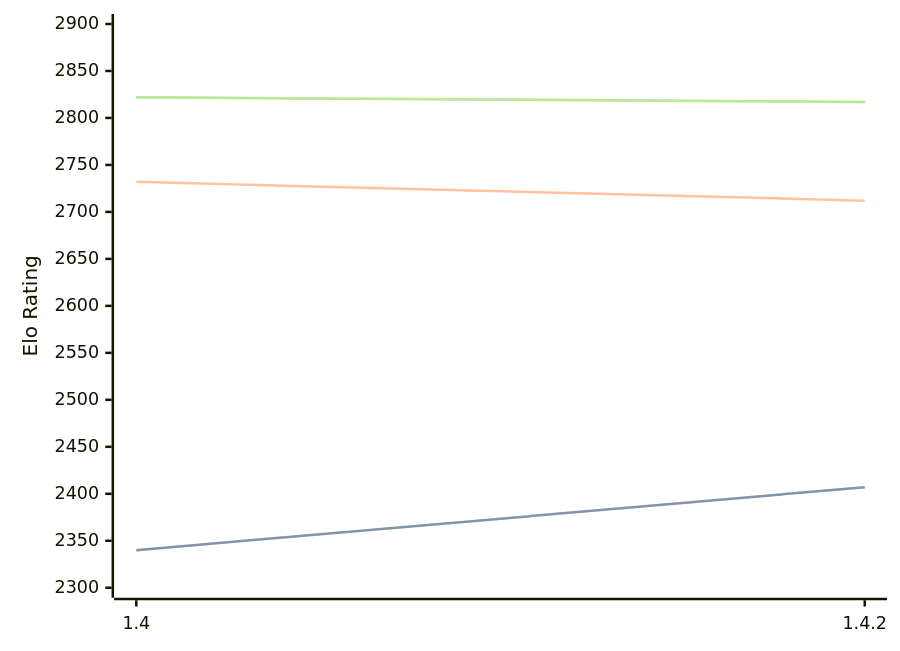
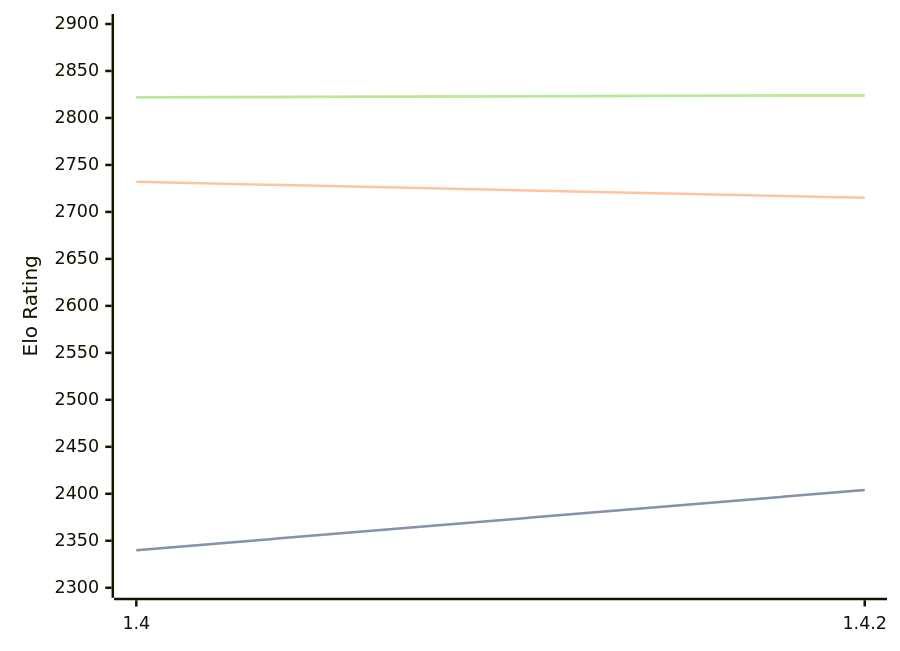
The diagram in engines/Spike.md (computer-chess-index/cci), drawn with Mermaid before and after one commit. The commit also changed other lines of this file, not shown here.

Commit message:
Update CCI Ratings (ELO VLTC) - 2026-08-31

````diff
--- a/engines/Spike.md
+++ b/engines/Spike.md
@@ -32,11 +32,11 @@
 ```mermaid
 %%{init: {"theme":"base","themeVariables":{"seriesColors:['#a3a3a3','#222221','#faa371']}}}%%
 xychart-beta
   x-axis ["1.4", "1.4.2"]
   y-axis "Elo Rating" 2300 --> 2900
-  line "" [2340, 2407]
-  line "STC (8.0+0.08s)" [2340, 2407]
-  line "LTC (60.0+0.60s)" [2732, 2712]
-  line "" [2822, 2817]
-  line "VLTC (2m24s+1.12s)" [2822, 2817]
+  line "" [2340, 2404]
+  line "STC (8.0+0.08s)" [2340, 2404]
+  line "LTC (60.0+0.60s)" [2732, 2715]
+  line "" [2822, 2824]
+  line "VLTC (2m24s+1.12s)" [2822, 2824]
 ```
````
